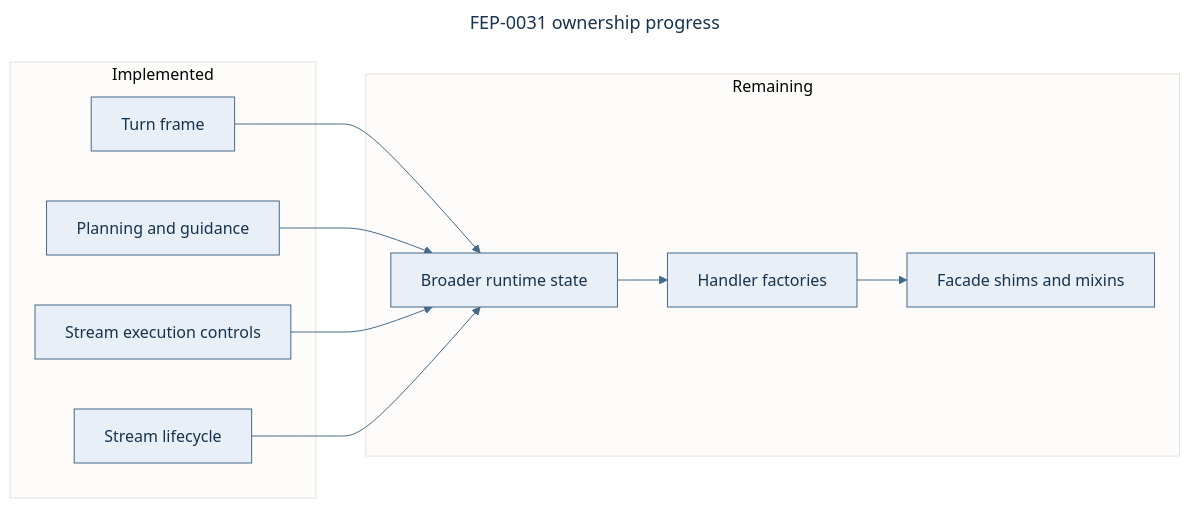
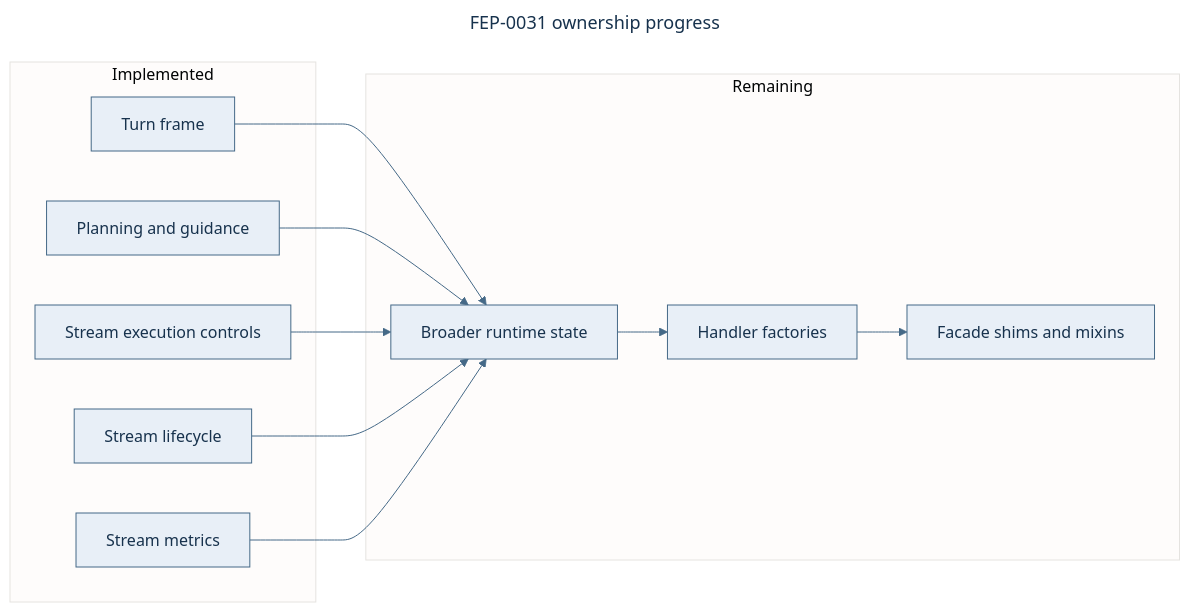
Before and after one commit to anvai-labs/victor: the second of 2 diagrams in docs/architecture/streaming-pipeline.md, drawn with Mermaid. The commit also changed other lines of this file and 11 other files, not shown here.

Commit message:
refactor(agent): bind stream metrics capability

````diff
--- a/docs/architecture/streaming-pipeline.md
+++ b/docs/architecture/streaming-pipeline.md
@@ -89,23 +90,25 @@
 ```mermaid
 ---
 title: FEP-0031 ownership progress
 ---
 %%{init: {"theme":"base","themeVariables":{"primaryColor":"#E8EFF7","primaryTextColor":"#17324D","primaryBorderColor":"#456987","lineColor":"#456987","fontFamily":"Arial"}}}%%
 flowchart LR
   subgraph DONE["Implemented"]
     T["Turn frame"]
     P["Planning and guidance"]
     E["Stream execution controls"]
     L["Stream lifecycle"]
+    X["Stream metrics"]
   end
   subgraph NEXT["Remaining"]
     S["Broader runtime state"]
     F["Handler factories"]
     M["Facade shims and mixins"]
   end
   T --> S
   P --> S
   E --> S
   L --> S
+  X --> S
   S --> F --> M
 ```
````
